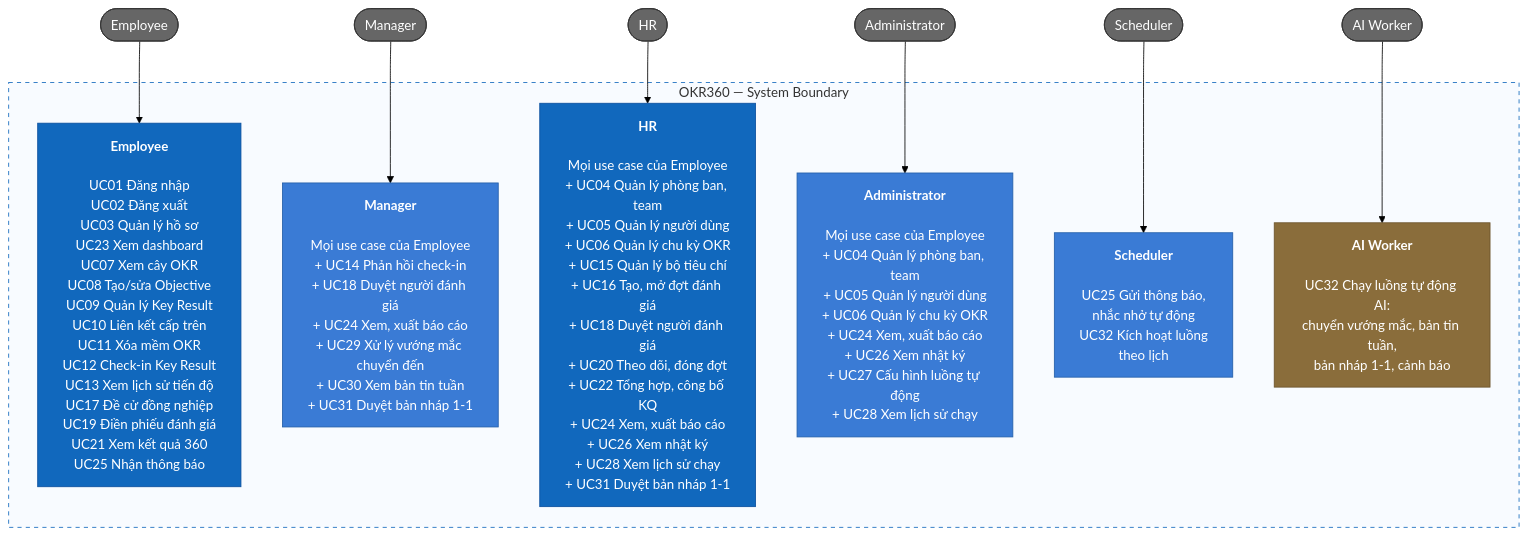
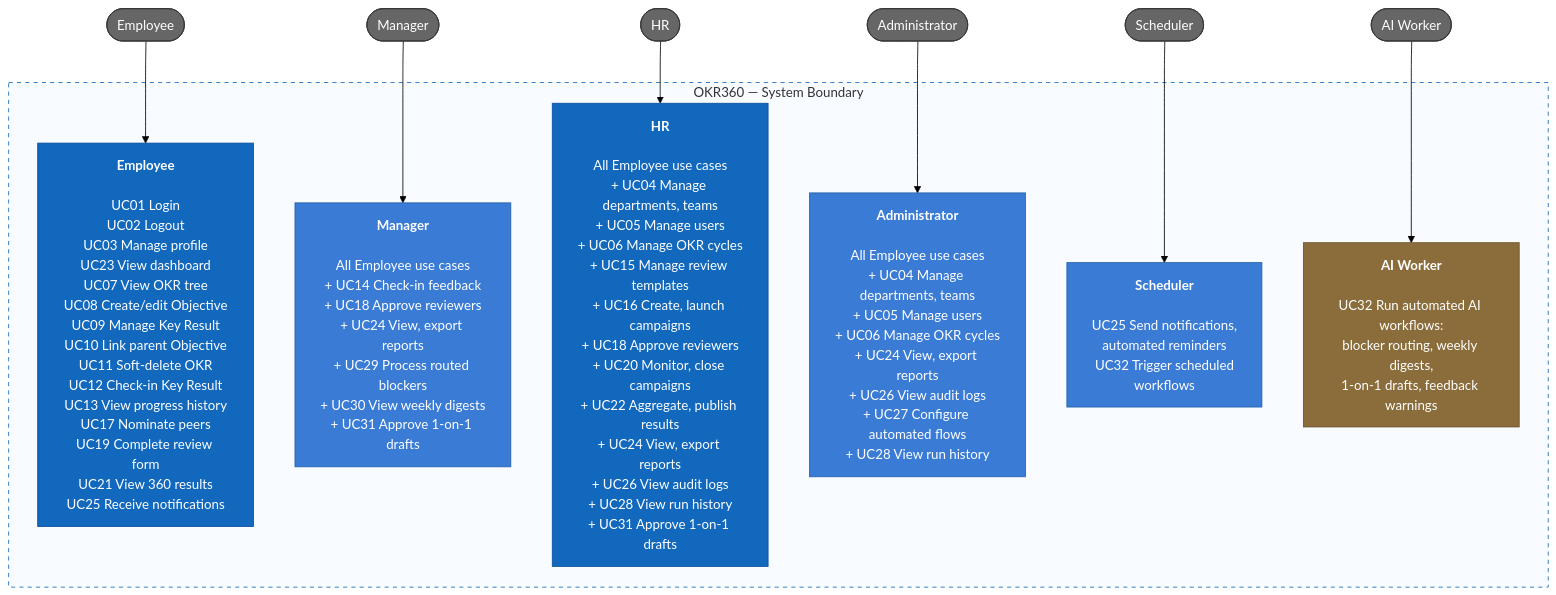
The first of 5 diagrams in README.md (Akaza-ban/OCK-360), drawn with Mermaid (forest theme) before and after one commit. The commit also changed other lines of this file and 24 other files, not shown here.

````diff
--- a/README.md
+++ b/README.md
@@ -48,35 +48,35 @@
 ```mermaid
 flowchart TB
     employee(["Employee"])
     manager(["Manager"])
     hr(["HR"])
     admin(["Administrator"])
     scheduler(["Scheduler"])
     aiworker(["AI Worker"])
 
     subgraph system["OKR360 — System Boundary"]
-        employeeCases["<b>Employee</b><br/><br/>UC01 Đăng nhập<br/>UC02 Đăng xuất<br/>UC03 Quản lý hồ sơ<br/>UC23 Xem dashboard<br/>UC07 Xem cây OKR<br/>UC08 Tạo/sửa Objective<br/>UC09 Quản lý Key Result<br/>UC10 Liên kết cấp trên<br/>UC11 Xóa mềm OKR<br/>UC12 Check-in Key Result<br/>UC13 Xem lịch sử tiến độ<br/>UC17 Đề cử đồng nghiệp<br/>UC19 Điền phiếu đánh giá<br/>UC21 Xem kết quả 360<br/>UC25 Nhận thông báo"]
-        managerCases["<b>Manager</b><br/><br/>Mọi use case của Employee<br/>+ UC14 Phản hồi check-in<br/>+ UC18 Duyệt người đánh giá<br/>+ UC24 Xem, xuất báo cáo<br/>+ UC29 Xử lý vướng mắc chuyển đến<br/>+ UC30 Xem bản tin tuần<br/>+ UC31 Duyệt bản nháp 1-1"]
-        hrCases["<b>HR</b><br/><br/>Mọi use case của Employee<br/>+ UC04 Quản lý phòng ban, team<br/>+ UC05 Quản lý người dùng<br/>+ UC06 Quản lý chu kỳ OKR<br/>+ UC15 Quản lý bộ tiêu chí<br/>+ UC16 Tạo, mở đợt đánh giá<br/>+ UC18 Duyệt người đánh giá<br/>+ UC20 Theo dõi, đóng đợt<br/>+ UC22 Tổng hợp, công bố KQ<br/>+ UC24 Xem, xuất báo cáo<br/>+ UC26 Xem nhật ký<br/>+ UC28 Xem lịch sử chạy<br/>+ UC31 Duyệt bản nháp 1-1"]
-        adminCases["<b>Administrator</b><br/><br/>Mọi use case của Employee<br/>+ UC04 Quản lý phòng ban, team<br/>+ UC05 Quản lý người dùng<br/>+ UC06 Quản lý chu kỳ OKR<br/>+ UC24 Xem, xuất báo cáo<br/>+ UC26 Xem nhật ký<br/>+ UC27 Cấu hình luồng tự động<br/>+ UC28 Xem lịch sử chạy"]
-        schedulerCases["<b>Scheduler</b><br/><br/>UC25 Gửi thông báo,<br/>nhắc nhở tự động<br/>UC32 Kích hoạt luồng<br/>theo lịch"]
-        aiCases["<b>AI Worker</b><br/><br/>UC32 Chạy luồng tự động AI:<br/>chuyển vướng mắc, bản tin tuần,<br/>bản nháp 1-1, cảnh báo"]
+        employeeCases["<b>Employee</b><br/><br/>UC01 Login<br/>UC02 Logout<br/>UC03 Manage profile<br/>UC23 View dashboard<br/>UC07 View OKR tree<br/>UC08 Create/edit Objective<br/>UC09 Manage Key Result<br/>UC10 Link parent Objective<br/>UC11 Soft-delete OKR<br/>UC12 Check-in Key Result<br/>UC13 View progress history<br/>UC17 Nominate peers<br/>UC19 Complete review form<br/>UC21 View 360 results<br/>UC25 Receive notifications"]
+        managerCases["<b>Manager</b><br/><br/>All Employee use cases<br/>+ UC14 Check-in feedback<br/>+ UC18 Approve reviewers<br/>+ UC24 View, export reports<br/>+ UC29 Process routed blockers<br/>+ UC30 View weekly digests<br/>+ UC31 Approve 1-on-1 drafts"]
+        hrCases["<b>HR</b><br/><br/>All Employee use cases<br/>+ UC04 Manage departments, teams<br/>+ UC05 Manage users<br/>+ UC06 Manage OKR cycles<br/>+ UC15 Manage review templates<br/>+ UC16 Create, launch campaigns<br/>+ UC18 Approve reviewers<br/>+ UC20 Monitor, close campaigns<br/>+ UC22 Aggregate, publish results<br/>+ UC24 View, export reports<br/>+ UC26 View audit logs<br/>+ UC28 View run history<br/>+ UC31 Approve 1-on-1 drafts"]
+        adminCases["<b>Administrator</b><br/><br/>All Employee use cases<br/>+ UC04 Manage departments, teams<br/>+ UC05 Manage users<br/>+ UC06 Manage OKR cycles<br/>+ UC24 View, export reports<br/>+ UC26 View audit logs<br/>+ UC27 Configure automated flows<br/>+ UC28 View run history"]
+        schedulerCases["<b>Scheduler</b><br/><br/>UC25 Send notifications,<br/>automated reminders<br/>UC32 Trigger scheduled<br/>workflows"]
+        aiCases["<b>AI Worker</b><br/><br/>UC32 Run automated AI workflows:<br/>blocker routing, weekly digests,<br/>1-on-1 drafts, feedback warnings"]
     end
 
     employee --> employeeCases
     manager --> managerCases
     hr --> hrCases
     admin --> adminCases
     scheduler --> schedulerCases
     aiworker --> aiCases
 
     classDef actor fill:#666,color:#fff,stroke:#333
     classDef primary fill:#1168bd,color:#fff,stroke:#0b4f9e
     classDef standard fill:#3a7bd5,color:#fff,stroke:#245fa8
     class employee,manager,hr,admin,scheduler,aiworker actor
     class employeeCases,hrCases primary
     class managerCases,adminCases,schedulerCases standard
     classDef ai fill:#8a6d3b,color:#fff,stroke:#6b532c
     class aiCases ai
     style system fill:#f8fbff,stroke:#1168bd,stroke-dasharray:5 5
 ```
````
